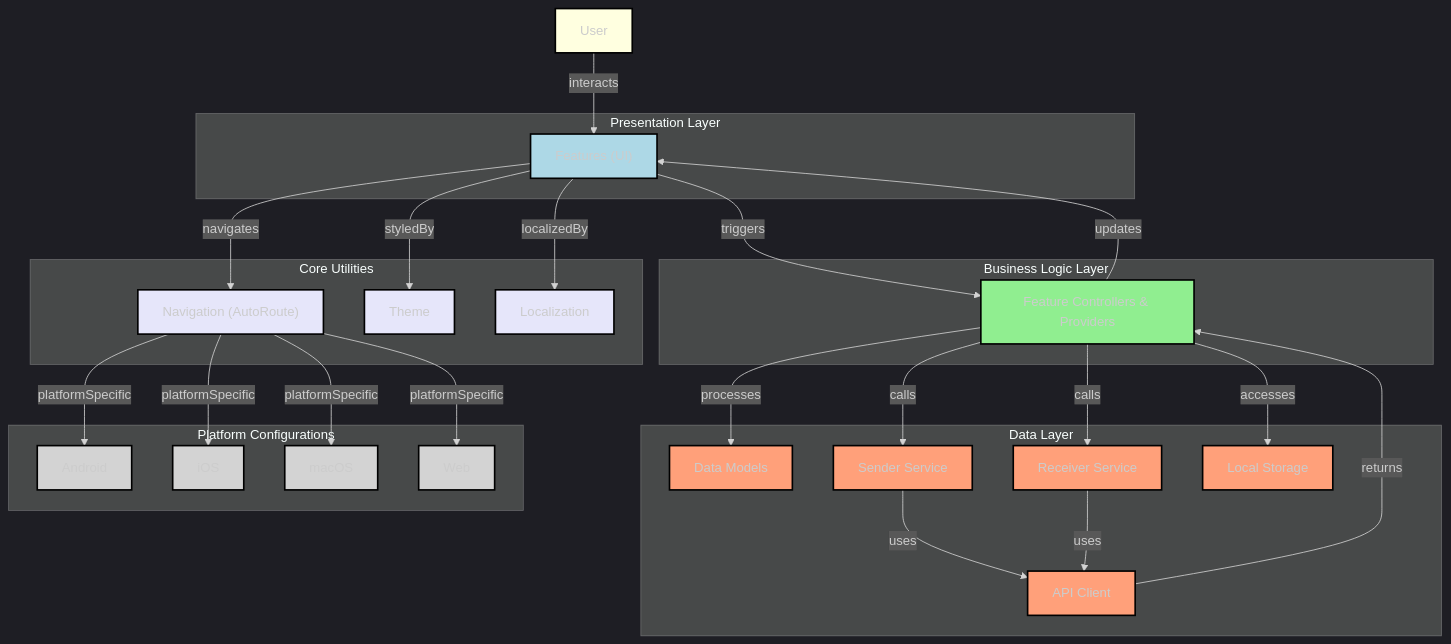
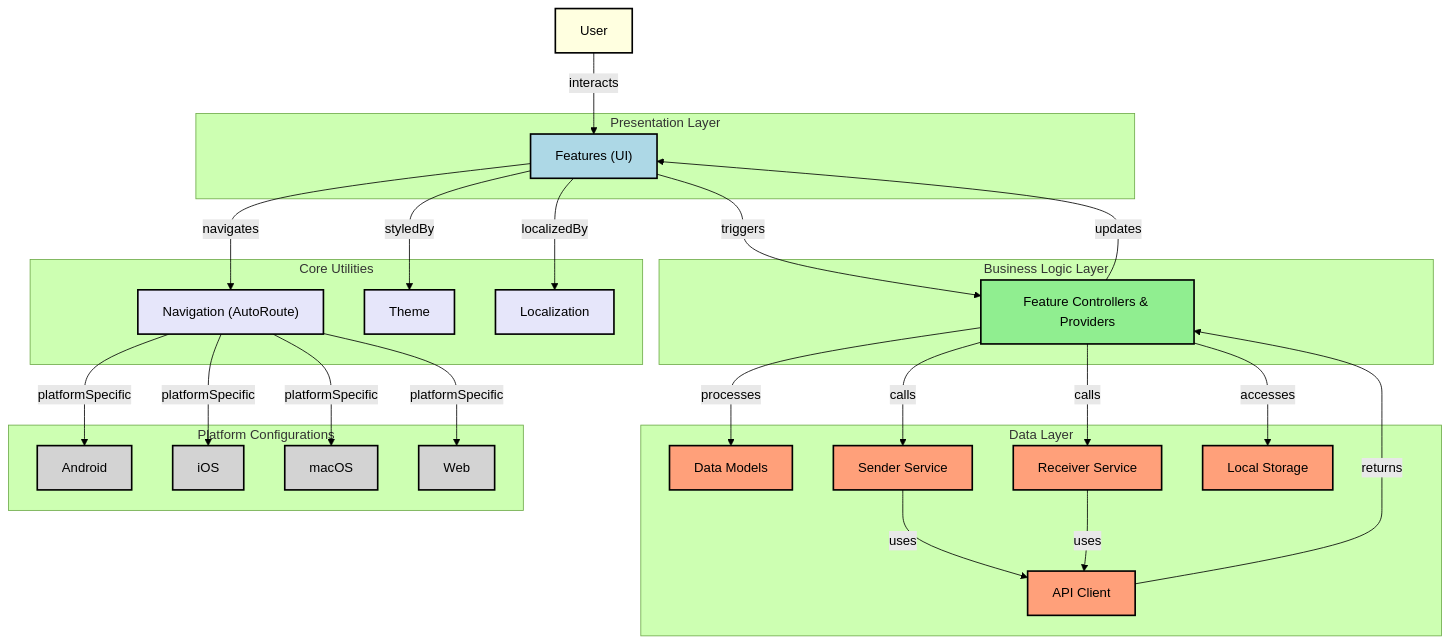
One commit to Shreemanarjun/flutter_sharez changed the diagram in README.md. Above: the diagram before and after it, drawn with Mermaid.

Commit message:
Update mermaid diagram theme in README to forest for improved aesthetics

````diff
--- a/README.md
+++ b/README.md
@@ -228,5 +228,7 @@
 ```mermaid
- %%{init: { 'theme':'dark', 'sequence': {'useMaxWidth':false} } }%%
+%%{init: { 'theme': 'forest' } }%%
+
+
 flowchart TB
     %% External / User
     U["User"]:::external
````
